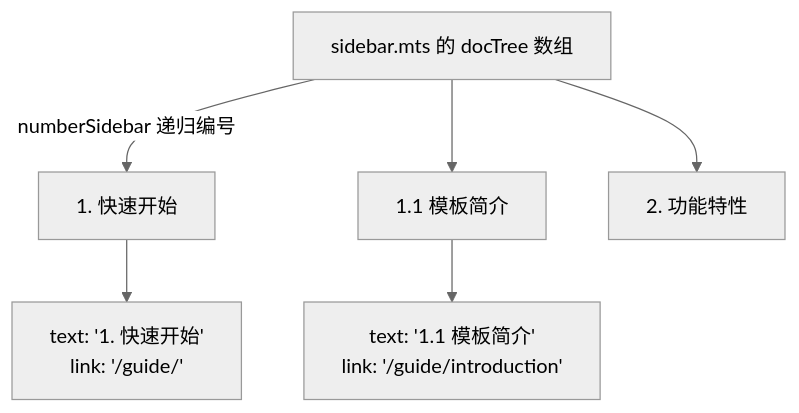
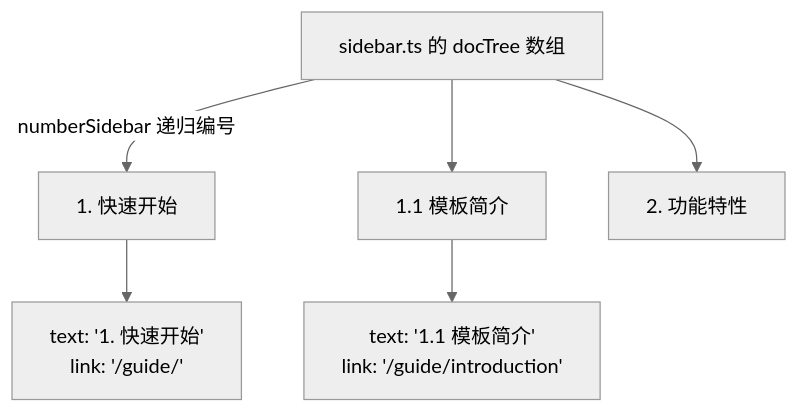
One commit to alvisisme/vitepress-gitbook-template changed the diagram in docs/guide/structure.md. Above: the diagram before and after it, drawn with Mermaid (neutral theme). The commit also changed other lines of this file and 11 other files, not shown here.

First line of the commit message:
docs: 修复 Mermaid 词法错误，并同步说明文档

````diff
--- a/docs/guide/structure.md
+++ b/docs/guide/structure.md
@@ -119,8 +120,8 @@
 ```mermaid
 flowchart TD
-  A["sidebar.mts 的 docTree 数组"] -->|numberSidebar 递归编号| B["1. 快速开始"]
+  A["sidebar.ts 的 docTree 数组"] -->|numberSidebar 递归编号| B["1. 快速开始"]
   A --> C["1.1 模板简介"]
   A --> D["2. 功能特性"]
   B --> E["text: '1. 快速开始'<br/>link: '/guide/'"]
   C --> F["text: '1.1 模板简介'<br/>link: '/guide/introduction'"]
 ```
````
